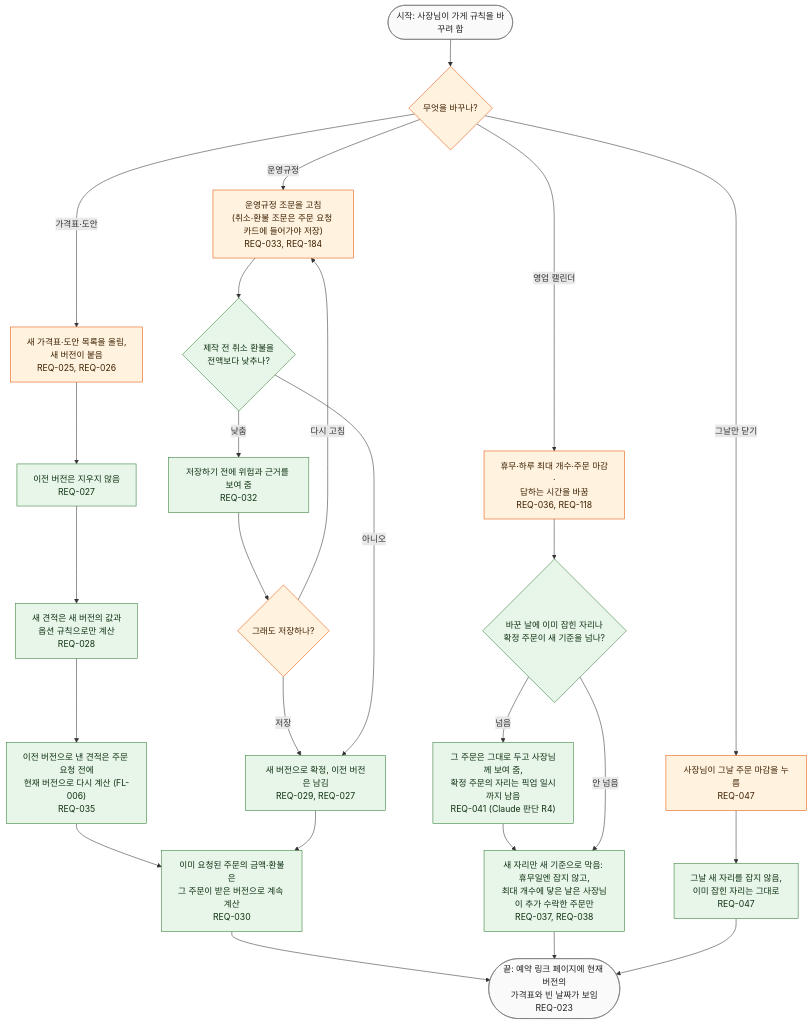
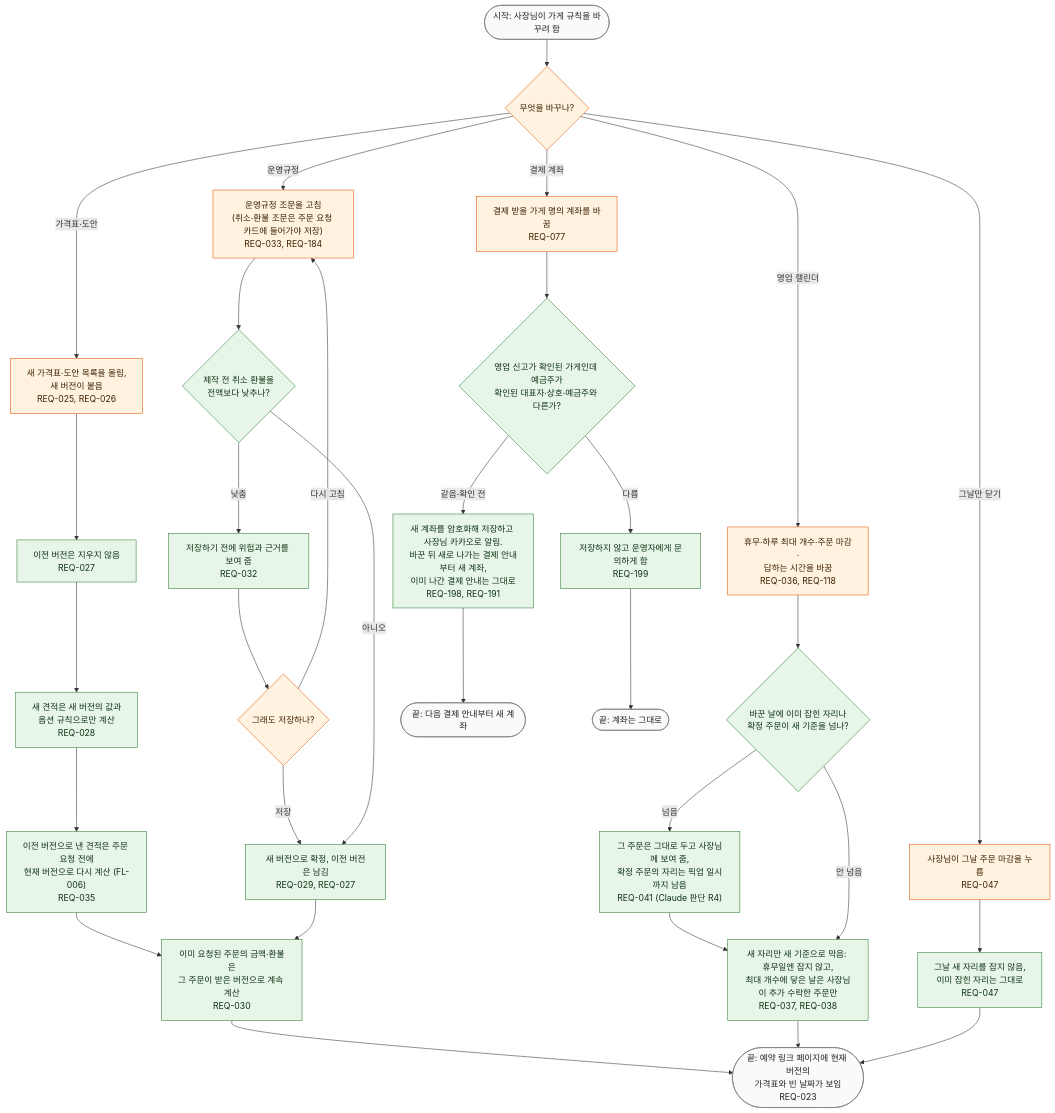
The diagram in docs/03-user-flow/FL-002-change-shop-rules.md (kodonghui/siljang.ai), drawn with Mermaid before and after one commit. The commit also changed other lines of this file and 8 other files, not shown here.

````diff
--- a/docs/03-user-flow/FL-002-change-shop-rules.md
+++ b/docs/03-user-flow/FL-002-change-shop-rules.md
@@ -18,43 +18,52 @@
 ```mermaid
 flowchart TD
   S(["시작: 사장님이 가게 규칙을 바꾸려 함"])
   D0{"무엇을 바꾸나?"}
   P1["새 가격표·도안 목록을 올림,<br/>새 버전이 붙음<br/>REQ-025, REQ-026"]
   P2["이전 버전은 지우지 않음<br/>REQ-027"]
   P3["새 견적은 새 버전의 값과<br/>옵션 규칙으로만 계산<br/>REQ-028"]
   P4["이전 버전으로 낸 견적은 주문 요청 전에<br/>현재 버전으로 다시 계산 (FL-006)<br/>REQ-035"]
   U1["운영규정 조문을 고침<br/>(취소·환불 조문은 주문 요청 카드에 들어가야 저장)<br/>REQ-033, REQ-184"]
   D1{"제작 전 취소 환불을<br/>전액보다 낮추나?"}
   U2["저장하기 전에 위험과 근거를 보여 줌<br/>REQ-032"]
   D2{"그래도 저장하나?"}
   U3["새 버전으로 확정, 이전 버전은 남김<br/>REQ-029, REQ-027"]
   K1["이미 요청된 주문의 금액·환불은<br/>그 주문이 받은 버전으로 계속 계산<br/>REQ-030"]
   C1["휴무·하루 최대 개수·주문 마감·<br/>답하는 시간을 바꿈<br/>REQ-036, REQ-118"]
   D3{"바꾼 날에 이미 잡힌 자리나<br/>확정 주문이 새 기준을 넘나?"}
   C2["그 주문은 그대로 두고 사장님께 보여 줌,<br/>확정 주문의 자리는 픽업 일시까지 남음<br/>REQ-041 (Claude 판단 R4)"]
   C3["새 자리만 새 기준으로 막음: 휴무일엔 잡지 않고,<br/>최대 개수에 닿은 날은 사장님이 추가 수락한 주문만<br/>REQ-037, REQ-038"]
   M1["사장님이 그날 주문 마감을 누름<br/>REQ-047"]
   M2["그날 새 자리를 잡지 않음,<br/>이미 잡힌 자리는 그대로<br/>REQ-047"]
   E1(["끝: 예약 링크 페이지에 현재 버전의<br/>가격표와 빈 날짜가 보임<br/>REQ-023"])
+  A1["결제 받을 가게 명의 계좌를 바꿈<br/>REQ-077"]
+  D4{"영업 신고가 확인된 가게인데 예금주가<br/>확인된 대표자·상호·예금주와 다른가?"}
+  W1["저장하지 않고 운영자에게 문의하게 함<br/>REQ-199"]
+  A2["새 계좌를 암호화해 저장하고 사장님 카카오로 알림.<br/>바꾼 뒤 새로 나가는 결제 안내부터 새 계좌,<br/>이미 나간 결제 안내는 그대로<br/>REQ-198, REQ-191"]
+  E2(["끝: 다음 결제 안내부터 새 계좌"])
+  E3(["끝: 계좌는 그대로"])
 
   S --> D0
   D0 -->|"가격표·도안"| P1 --> P2 --> P3 --> P4 --> K1
   D0 -->|"운영규정"| U1 --> D1
   D1 -->|"낮춤"| U2 --> D2
   D2 -->|"저장"| U3
   D2 -->|"다시 고침"| U1
   D1 -->|"아니오"| U3
   U3 --> K1 --> E1
   D0 -->|"영업 캘린더"| C1 --> D3
   D3 -->|"넘음"| C2 --> C3
   D3 -->|"안 넘음"| C3
   C3 --> E1
   D0 -->|"그날만 닫기"| M1 --> M2 --> E1
+  D0 -->|"결제 계좌"| A1 --> D4
+  D4 -->|"다름"| W1 --> E3
+  D4 -->|"같음·확인 전"| A2 --> E2
 
   classDef owner fill:#fff3e0,stroke:#e65100,color:#3e2000
   classDef svc fill:#e8f5e9,stroke:#2e7d32,color:#0f3313
   classDef term fill:#fafafa,stroke:#757575,color:#212121
-  class D0,P1,U1,D2,C1,M1 owner
-  class P2,P3,P4,D1,U2,U3,K1,D3,C2,C3,M2 svc
-  class S,E1 term
+  class D0,P1,U1,D2,C1,M1,A1 owner
+  class P2,P3,P4,D1,U2,U3,K1,D3,C2,C3,M2,D4,W1,A2 svc
+  class S,E1,E2,E3 term
 ```
````
